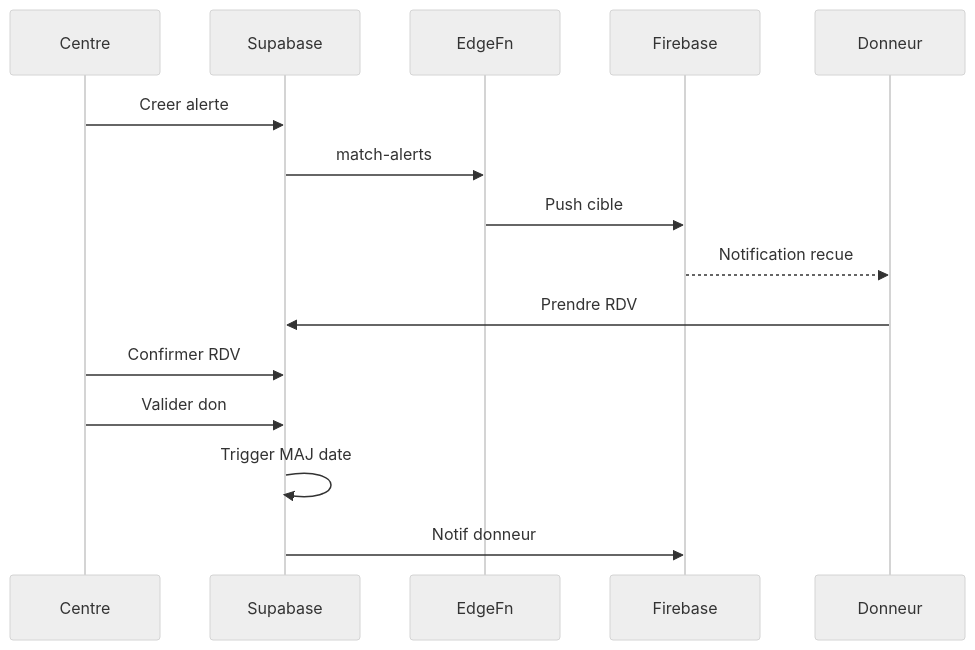
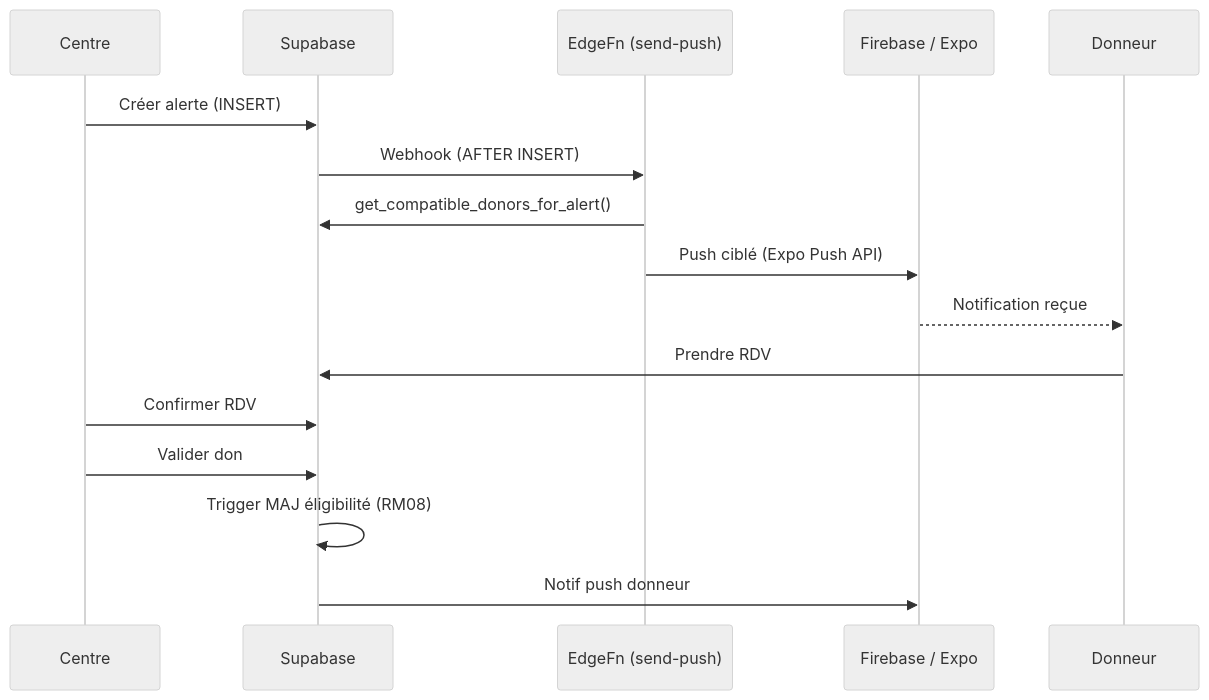
The fifth of 5 diagrams in docs/CAHIER_DES_CHARGES_V2.md (senmos26/bloodlink), drawn with Mermaid (neutral theme) before and after one commit. The commit also changed other lines of this file and 12 other files, not shown here.

````diff
--- a/docs/CAHIER_DES_CHARGES_V2.md
+++ b/docs/CAHIER_DES_CHARGES_V2.md
@@ -493,17 +493,18 @@
 ```mermaid
 sequenceDiagram
     participant C as Centre
     participant SB as Supabase
-    participant EF as EdgeFn
-    participant FCM as Firebase
+    participant EF as EdgeFn (send-push)
+    participant FCM as Firebase / Expo
     participant D as Donneur
-    C->>SB: Creer alerte
-    SB->>EF: match-alerts
-    EF->>FCM: Push cible
-    FCM-->>D: Notification recue
+    C->>SB: Créer alerte (INSERT)
+    SB->>EF: Webhook (AFTER INSERT)
+    EF->>SB: get_compatible_donors_for_alert()
+    EF->>FCM: Push ciblé (Expo Push API)
+    FCM-->>D: Notification reçue
     D->>SB: Prendre RDV
     C->>SB: Confirmer RDV
     C->>SB: Valider don
-    SB->>SB: Trigger MAJ date
-    SB->>FCM: Notif donneur
+    SB->>SB: Trigger MAJ éligibilité (RM08)
+    SB->>FCM: Notif push donneur
 ```
````
